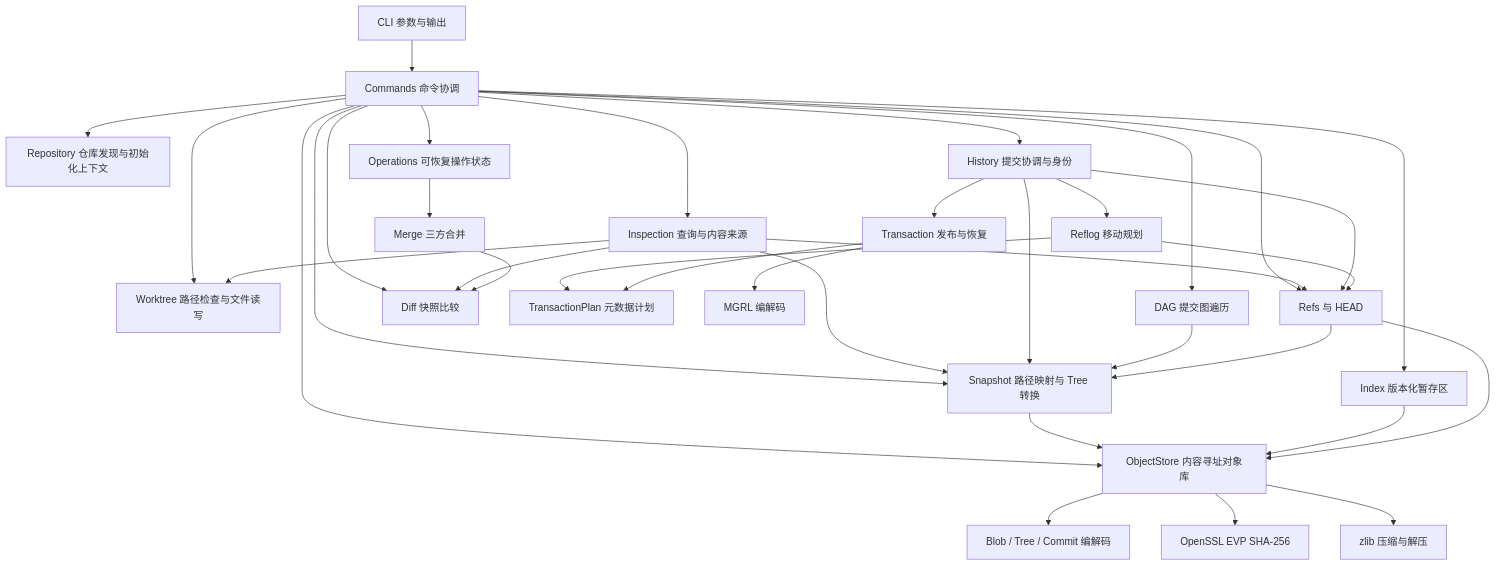
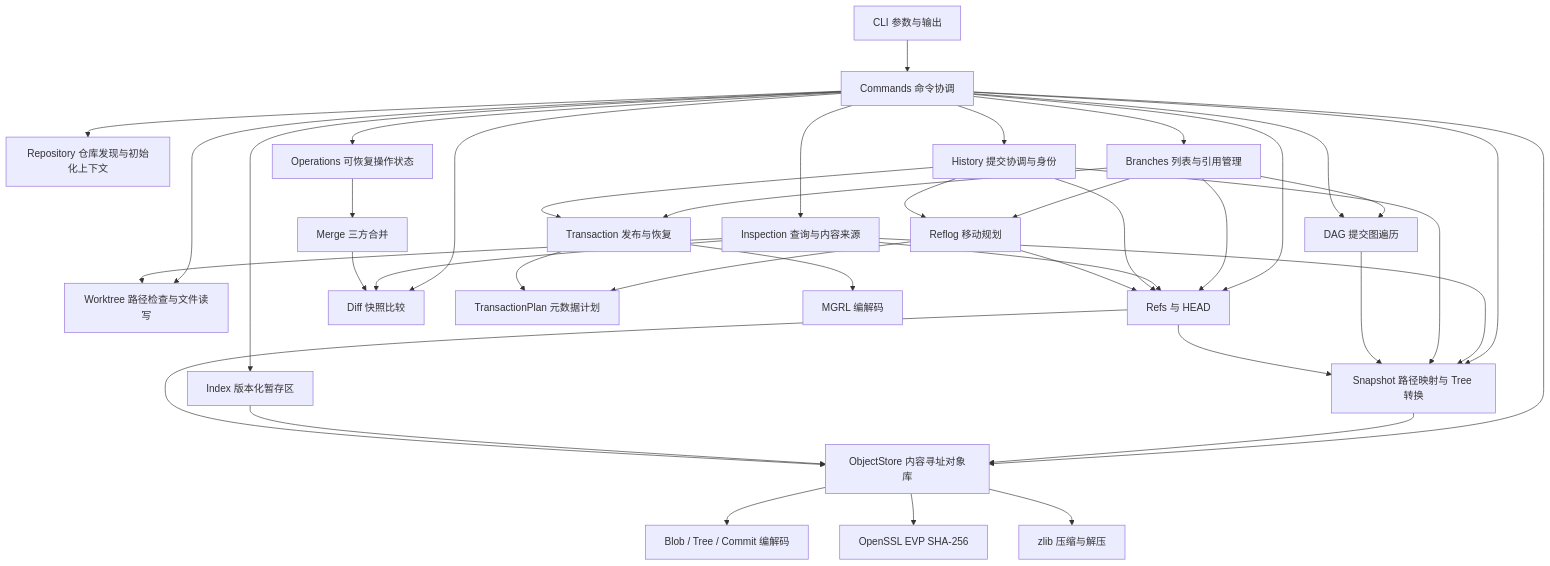
One commit to Always1010/MiniGit changed the first of 6 diagrams in docs/architecture.md. Above: the diagram before and after it, drawn with Mermaid. The commit also changed other lines of this file and 13 other files, not shown here.

````diff
--- a/docs/architecture.md
+++ b/docs/architecture.md
@@ -9,37 +9,42 @@
 ```mermaid
 flowchart TD
     CLI[CLI 参数与输出] --> Commands[Commands 命令协调]
     Commands --> Repo[Repository 仓库发现与初始化上下文]
     Commands --> Worktree[Worktree 路径检查与文件读写]
     Commands --> Index[Index 版本化暂存区]
     Commands --> Refs[Refs 与 HEAD]
+    Commands --> Branches[Branches 列表与引用管理]
+    Branches --> Refs
+    Branches --> DAG
+    Branches --> Reflog
+    Branches --> Transaction
     Commands --> History[History 提交协调与身份]
     Commands --> DAG[DAG 提交图遍历]
     Commands --> Snapshot[Snapshot 路径映射与 Tree 转换]
     Commands --> Diff[Diff 快照比较]
     Commands --> Inspection[Inspection 查询与内容来源]
     Inspection --> Diff
     Inspection --> Snapshot
     Inspection --> Refs
     Inspection --> Worktree
     Commands --> Operations[Operations 可恢复操作状态]
     Commands --> Objects[ObjectStore 内容寻址对象库]
     Operations --> Merge[Merge 三方合并]
     Merge --> Diff
     History --> Refs
     History --> Snapshot
     History --> Reflog[Reflog 移动规划]
     History --> Transaction[Transaction 发布与恢复]
     Reflog --> Refs
     Reflog --> Plan[TransactionPlan 元数据计划]
     Transaction --> Plan
     Transaction --> LogCodec[MGRL 编解码]
     DAG --> Snapshot
     Refs --> Snapshot
     Snapshot --> Objects
     Index --> Objects
     Refs --> Objects
     Objects --> Codec[Blob / Tree / Commit 编解码]
     Objects --> Hash[OpenSSL EVP SHA-256]
     Objects --> Compression[zlib 压缩与解压]
 ```
````
